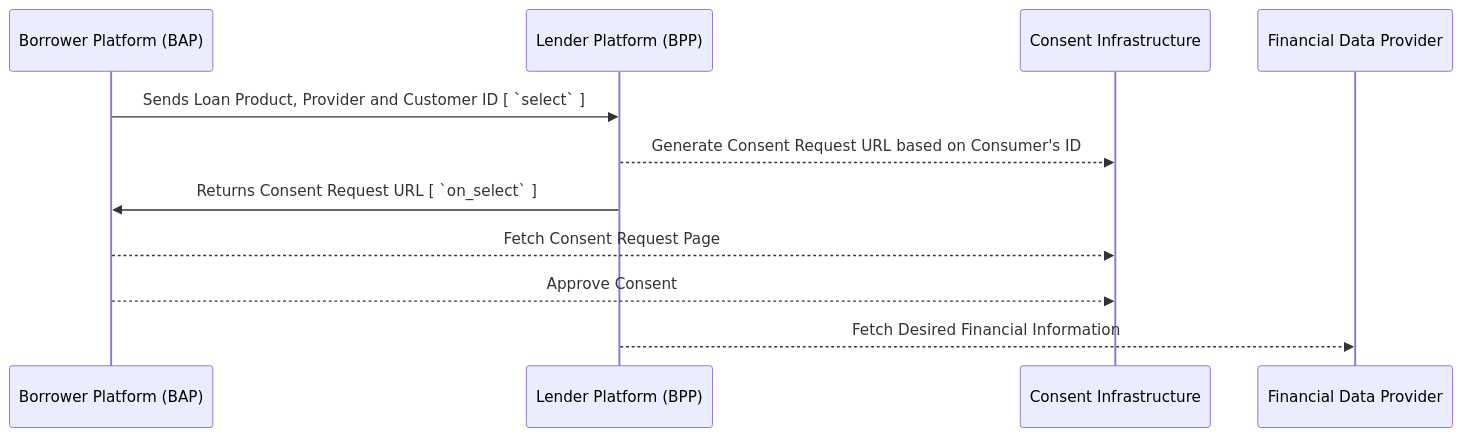
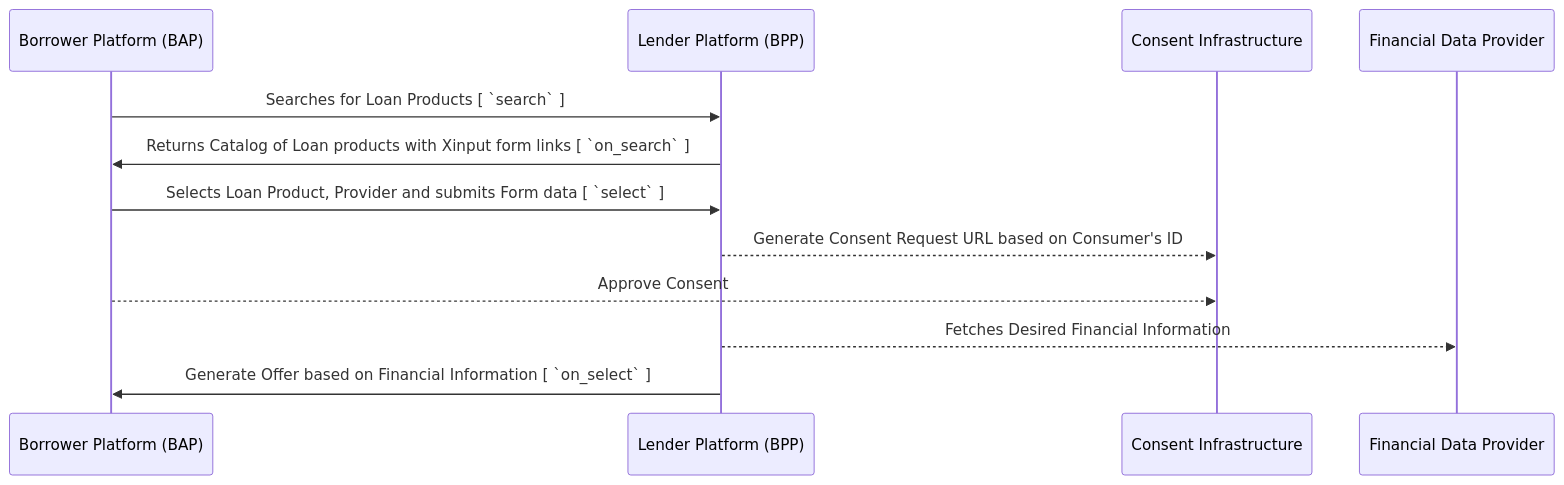
The diagram in docs/Consent-Based-Loan-Workflow.md (beckn/financial-services), drawn with Mermaid before and after one commit. The commit also changed other lines of this file, not shown here.

````diff
--- a/docs/Consent-Based-Loan-Workflow.md
+++ b/docs/Consent-Based-Loan-Workflow.md
@@ -401,9 +430,10 @@
 ```mermaid
     sequenceDiagram
-    Borrower Platform (BAP)->>Lender Platform (BPP): Sends Loan Product, Provider and Customer ID [ `select` ]
+    Borrower Platform (BAP)->>Lender Platform (BPP): Searches for Loan Products [ `search` ]
+    Lender Platform (BPP)->>Borrower Platform (BAP): Returns Catalog of Loan products with Xinput form links [ `on_search` ]
+    Borrower Platform (BAP)->>Lender Platform (BPP): Selects Loan Product, Provider and submits Form data [ `select` ]
     Lender Platform (BPP)-->>Consent Infrastructure: Generate Consent Request URL based on Consumer's ID
-    Lender Platform (BPP)->>Borrower Platform (BAP): Returns Consent Request URL [ `on_select` ]
-    Borrower Platform (BAP)-->>Consent Infrastructure: Fetch Consent Request Page
     Borrower Platform (BAP)-->>Consent Infrastructure: Approve Consent
-    Lender Platform (BPP)-->>Financial Data Provider: Fetch Desired Financial Information
+    Lender Platform (BPP)-->>Financial Data Provider: Fetches Desired Financial Information
+    Lender Platform (BPP)->>Borrower Platform (BAP): Generate Offer based on Financial Information [ `on_select` ]
 ```
````
